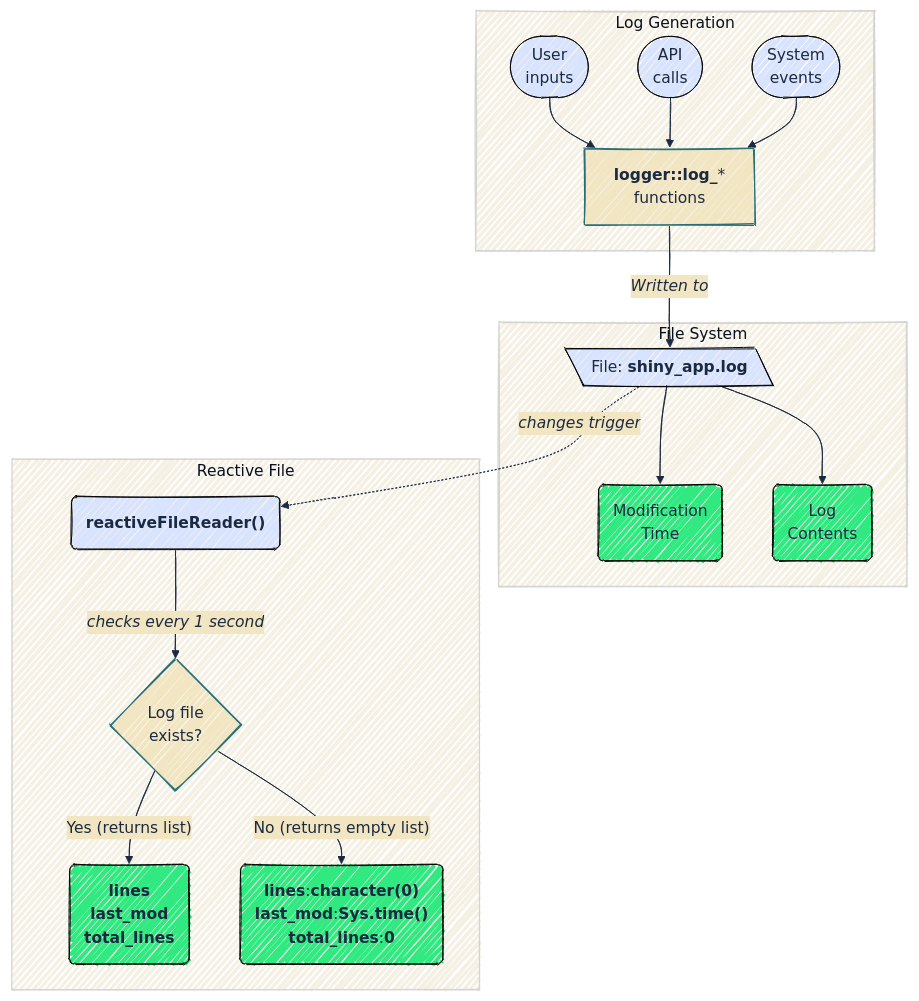
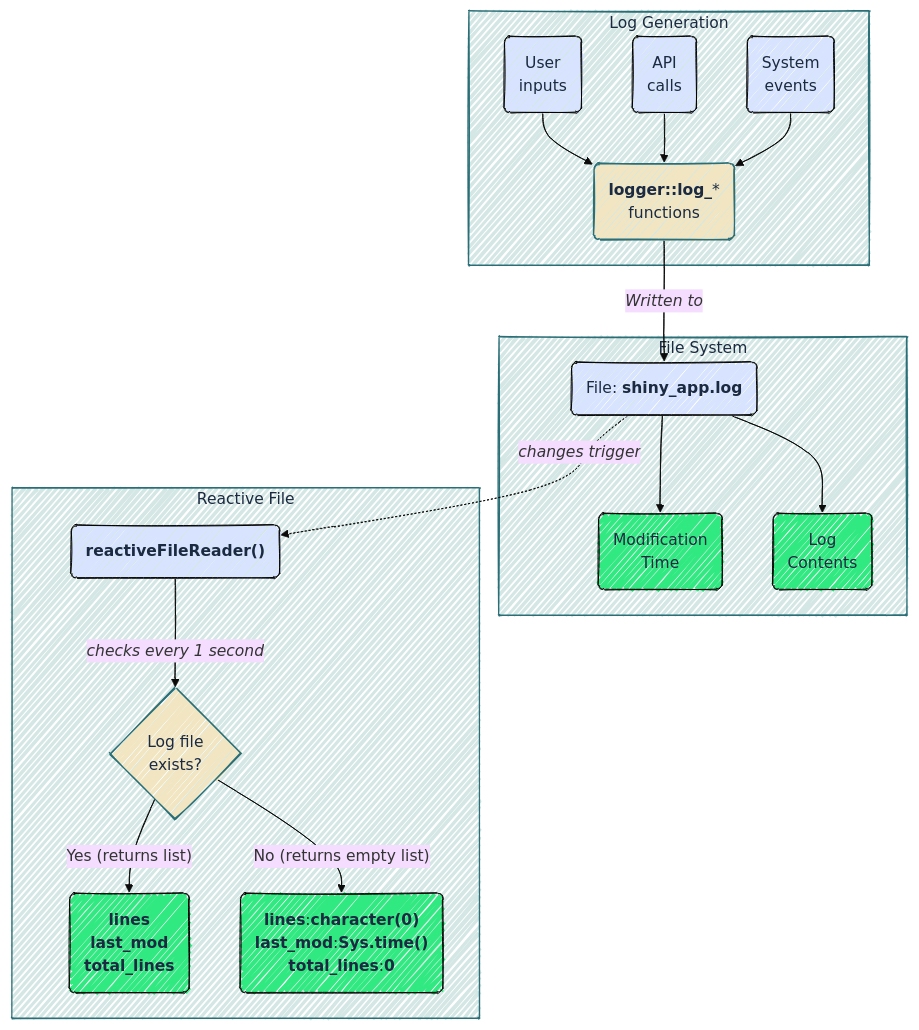
One commit to mjfrigaard/do4ds-labs changed the second of 3 diagrams in app-log-r.qmd. Above: the diagram before and after it, drawn with Mermaid. The commit also changed other lines of this file and 37 other files, not shown here.

Commit message:
updates to mermaid

````diff
--- a/app-log-r.qmd
+++ b/app-log-r.qmd
@@ -551,49 +555,53 @@
 ```{mermaid}
 %%| fig-cap: 'Logging in Server'
 %%| fig-align: center
 %%| fig-width: 7.0
-%%{init: {'theme': 'base', 'look': 'handDrawn', 'themeVariables': { 'fontFamily': 'monospace', 'primaryColor': '#F2E6C2', 'primaryBorderColor': '#2A6F77', 'primaryTextColor': '#1B2A41', 'secondaryColor': '#d4e7e4', 'tertiaryColor': '#f5f0e4', 'lineColor': '#1B2A41', 'edgeLabelBackground': '#F2E6C2'}}}%%
+%%{init: {'theme': 'base', 'look': 'handDrawn', 'themeVariables': {'fontFamily': 'monospace'}}}%%
 
 flowchart TD
 	 subgraph User["Log Generation"]
-		Q(["User<br>inputs"])
-		R(["API<br>calls"])
-		S(["System<br>events"])
+		Q("User<br>inputs")
+		R("API<br>calls")
+		S("System<br>events")
 		%% T@{ shape: rect, label: "<strong>logger::log_</strong>*<br>functions" }
-		T["<strong>logger::log_</strong>*<br>functions"]
+		T("<strong>logger::log_</strong>*<br>functions")
 	  end
 
     Q --> T
     R --> T
     S --> T
     T -- "<em>Written to</em>"--> A
 
 	 subgraph FileSys["File System"]
-		A[\"File: <strong>shiny_app.log</strong>"\]
+		A("File: <strong>shiny_app.log</strong>")
 		A1("Modification<br>Time")
 		A2("Log<br>Contents")
 	 end
   
     A --> A1 & A2
     A -."<em>changes trigger</em>".-> B
 
 	subgraph ReactFile["Reactive File"]
 		B("<strong>reactiveFileReader() </strong>")
 		C{"Log file<br>exists?"}
 		D("<strong>lines<br>last_mod<br>total_lines</strong>")
 		E("<strong>lines</strong>:<strong>character(0)</strong><br><strong>last_mod</strong>:<strong>Sys.time()</strong><br><strong>total_lines</strong>:<strong>0</strong>")
 	end
     
     B --"<em>checks every 1 second</em>"--> C
     C -- Yes (returns list)--> D
     C -- No (returns empty list)--> E
 
     
     
     classDef log fill:#d8e4ff,stroke:#000,stroke-width:1px
     class A,B,Q,R,S log
     
     classDef outcome fill:#31e981,stroke:#000,stroke-width:1px
     class D,E,A1,A2 outcome
+    classDef default fill:#F2E6C2,stroke:#2A6F77,color:#1B2A41
+    style User fill:#d4e7e4,stroke:#2A6F77,color:#1B2A41
+    style FileSys fill:#d4e7e4,stroke:#2A6F77,color:#1B2A41
+    style ReactFile fill:#d4e7e4,stroke:#2A6F77,color:#1B2A41
     
 ```
````
